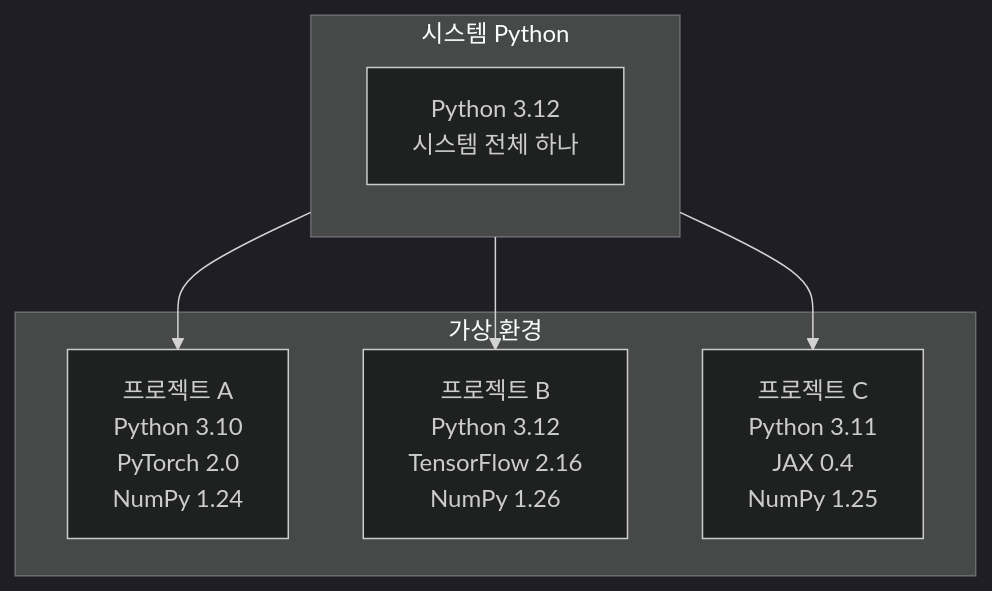
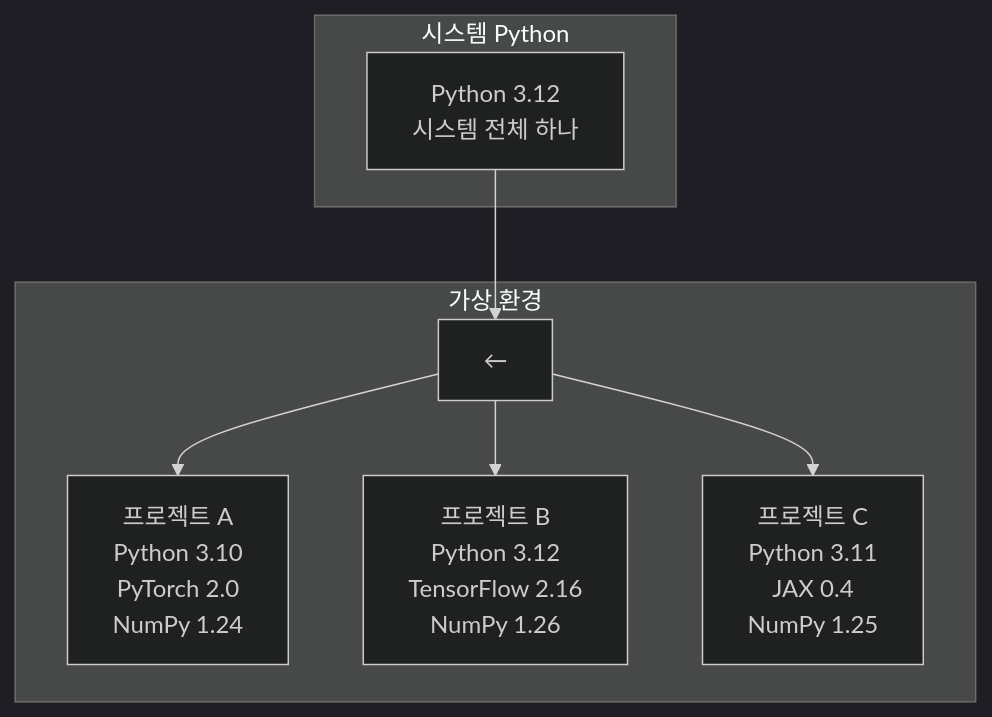
Before and after one commit to jingu279/Document: the third of 7 diagrams in ai-programming/01_서론/02_개발_환경.md, drawn with Mermaid (dark theme). The commit also changed other lines of this file and 9 other files, not shown here.

Commit message:
Fix all broken Mermaid diagrams across AI book (cross-subgraph connections, reserved keywords, duplicate nodes)

````diff
--- a/ai-programming/01_서론/02_개발_환경.md
+++ b/ai-programming/01_서론/02_개발_환경.md
@@ -93,16 +93,17 @@
 ```mermaid
 flowchart TB
   subgraph System[시스템 Python]
     SYS["Python 3.12<br/>시스템 전체 하나"]
   end
 
   subgraph Env[가상 환경]
     ProjA["프로젝트 A<br/>Python 3.10<br/>PyTorch 2.0<br/>NumPy 1.24"]
     ProjB["프로젝트 B<br/>Python 3.12<br/>TensorFlow 2.16<br/>NumPy 1.26"]
     ProjC["프로젝트 C<br/>Python 3.11<br/>JAX 0.4<br/>NumPy 1.25"]
+    EnvFrom["←"] --> ProjA
+    EnvFrom --> ProjB
+    EnvFrom --> ProjC
   end
 
-  System --> ProjA
-  System --> ProjB
-  System --> ProjC
+  SYS --> EnvFrom
 ```
````
